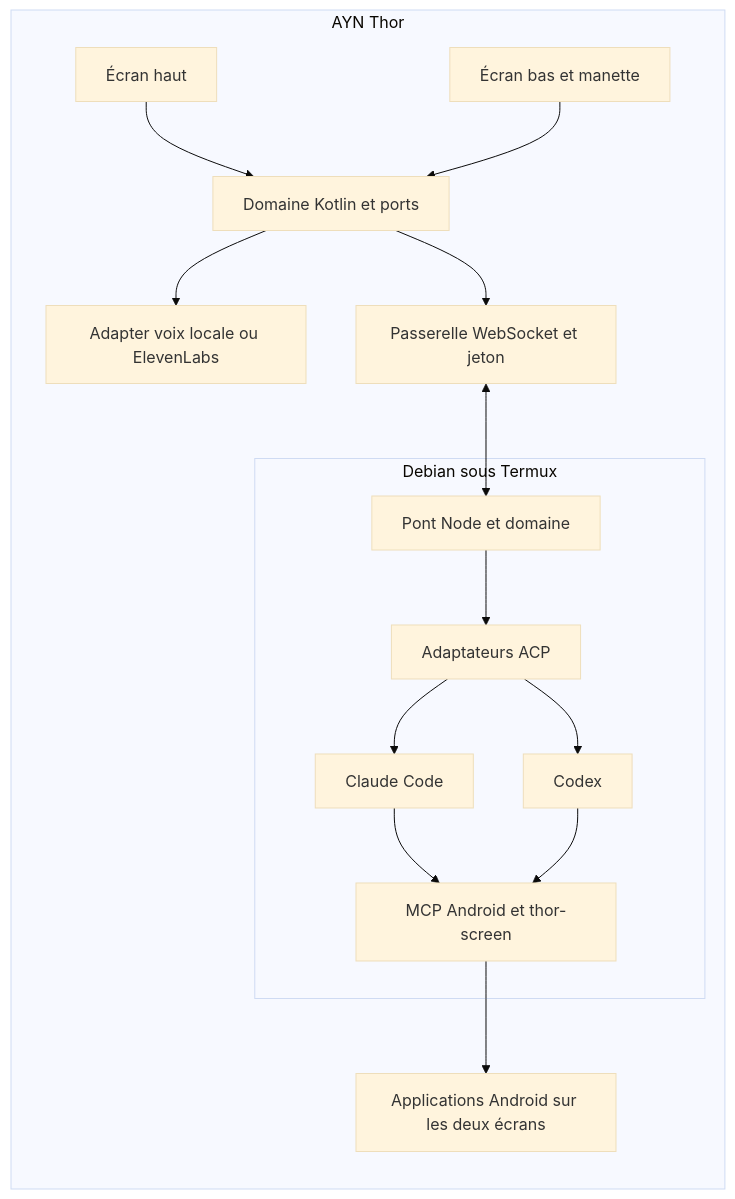
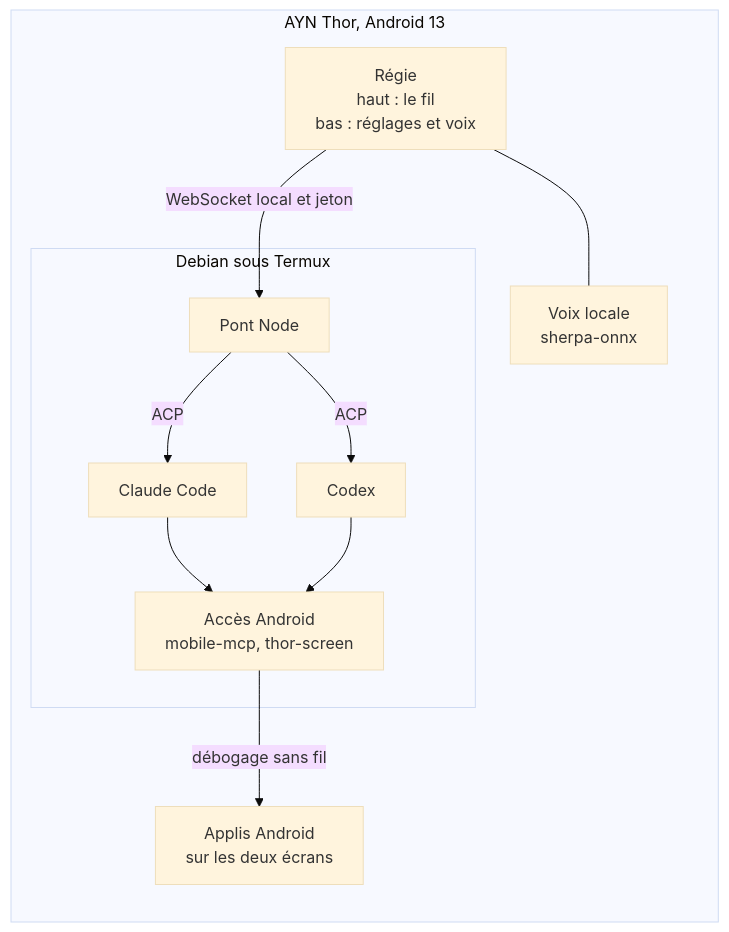
One commit to DabiK/thorai changed the diagram in README.md. Above: the diagram before and after it, drawn with Mermaid (base theme). The commit also changed other lines of this file and 1 other file, not shown here.

````diff
--- a/README.md
+++ b/README.md
@@ -223,18 +53,21 @@
 ```mermaid
 flowchart LR
-  subgraph Thor[AYN Thor]
-    Haut[Écran haut] --> Domaine[Domaine Kotlin et ports]
-    Bas[Écran bas et manette] --> Domaine
-    Domaine --> Voix[Adapter voix locale ou ElevenLabs]
-    Domaine --> Passerelle[Passerelle WebSocket et jeton]
-    subgraph Debian[Debian sous Termux]
-      Pont[Pont Node et domaine] --> ACP[Adaptateurs ACP]
-      ACP --> Claude[Claude Code]
-      ACP --> Codex[Codex]
-      Claude --> MCP[MCP Android et thor-screen]
-      Codex --> MCP
+  subgraph Thor["AYN Thor, Android 13"]
+    App["Régie<br/>haut : le fil<br/>bas : réglages et voix"]
+    Voix["Voix locale<br/>sherpa-onnx"]
+    Android["Applis Android<br/>sur les deux écrans"]
+    subgraph Debian["Debian sous Termux"]
+      Pont["Pont Node"]
+      Claude["Claude Code"]
+      Codex["Codex"]
+      Acces["Accès Android<br/>mobile-mcp, thor-screen"]
     end
-    Passerelle <--> Pont
-    MCP --> Android[Applications Android sur les deux écrans]
   end
+  App --- Voix
+  App -- "WebSocket local et jeton" --> Pont
+  Pont -- "ACP" --> Claude
+  Pont -- "ACP" --> Codex
+  Claude --> Acces
+  Codex --> Acces
+  Acces -- "débogage sans fil" --> Android
 ```
````
